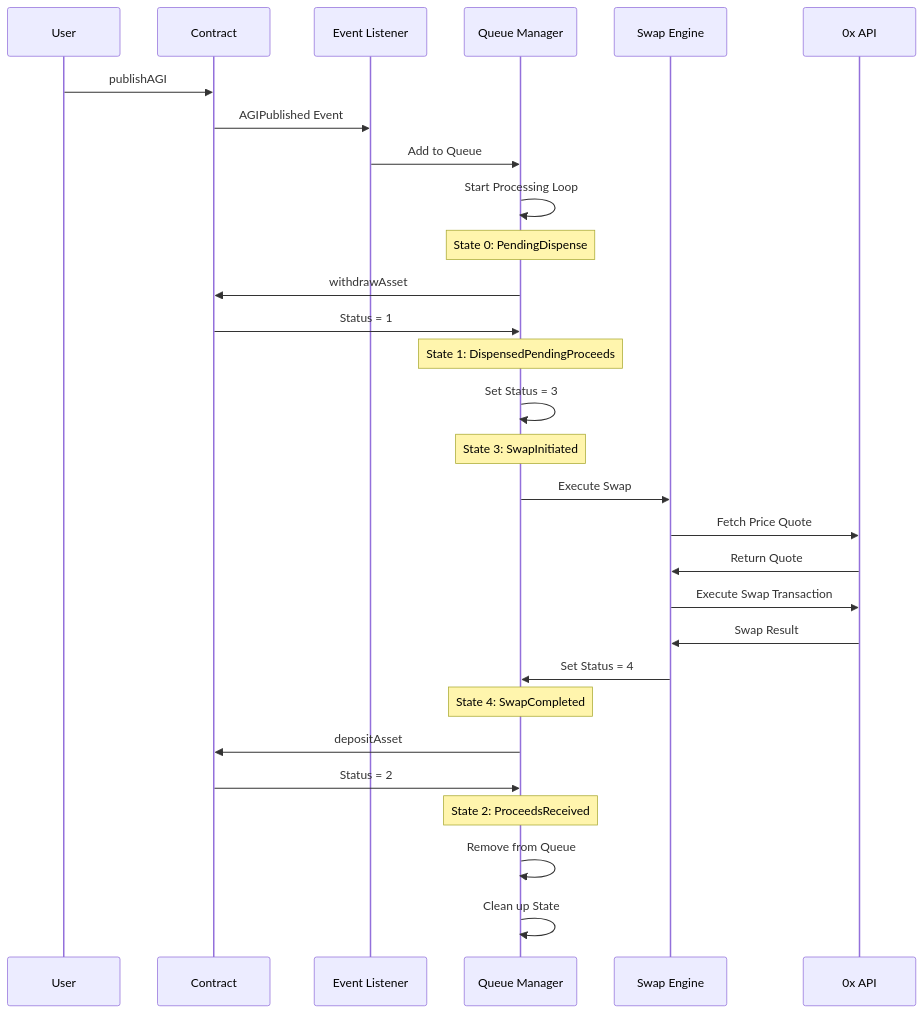
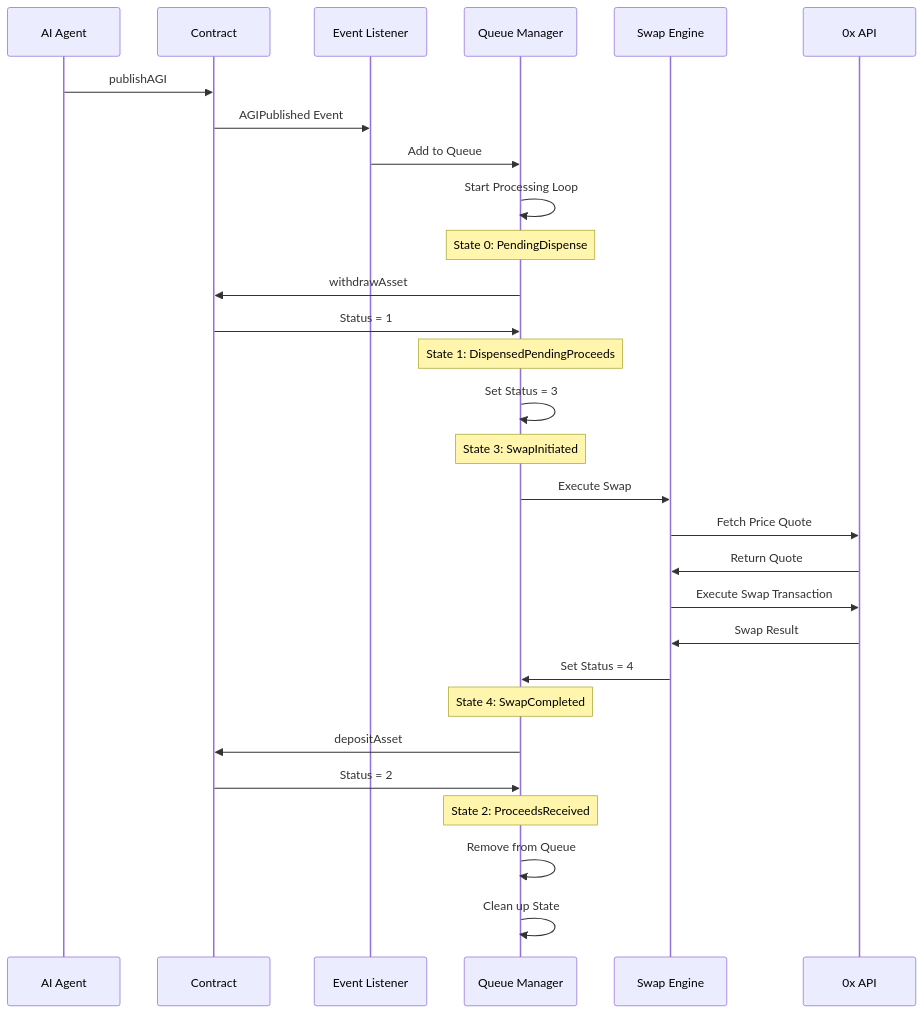
Before and after one commit to Semantic-Layer/svf-42-agi-solver: the second of 3 diagrams in agi-solver-architecture.md, drawn with Mermaid. The commit also changed other lines of this file, not shown here.

````diff
--- a/agi-solver-architecture.md
+++ b/agi-solver-architecture.md
@@ -80,41 +90,41 @@
 ```mermaid
 sequenceDiagram
-    participant U as User
+    participant A as AI Agent
     participant C as Contract
     participant E as Event Listener
     participant Q as Queue Manager
     participant S as Swap Engine
     participant Z as 0x API
 
     %% Order Publishing
-    U->>C: publishAGI
+    A->>C: publishAGI
     C->>E: AGIPublished Event
 
     %% Queue Management
     E->>Q: Add to Queue
     Q->>Q: Start Processing Loop
 
     %% Order Processing States
     Note over Q: State 0: PendingDispense
     Q->>C: withdrawAsset
     C->>Q: Status = 1
 
     Note over Q: State 1: DispensedPendingProceeds
     Q->>Q: Set Status = 3
 
     Note over Q: State 3: SwapInitiated
     Q->>S: Execute Swap
     S->>Z: Fetch Price Quote
     Z->>S: Return Quote
     S->>Z: Execute Swap Transaction
     Z->>S: Swap Result
     S->>Q: Set Status = 4
 
     Note over Q: State 4: SwapCompleted
     Q->>C: depositAsset
     C->>Q: Status = 2
 
     Note over Q: State 2: ProceedsReceived
     Q->>Q: Remove from Queue
     Q->>Q: Clean up State
 ```
````
